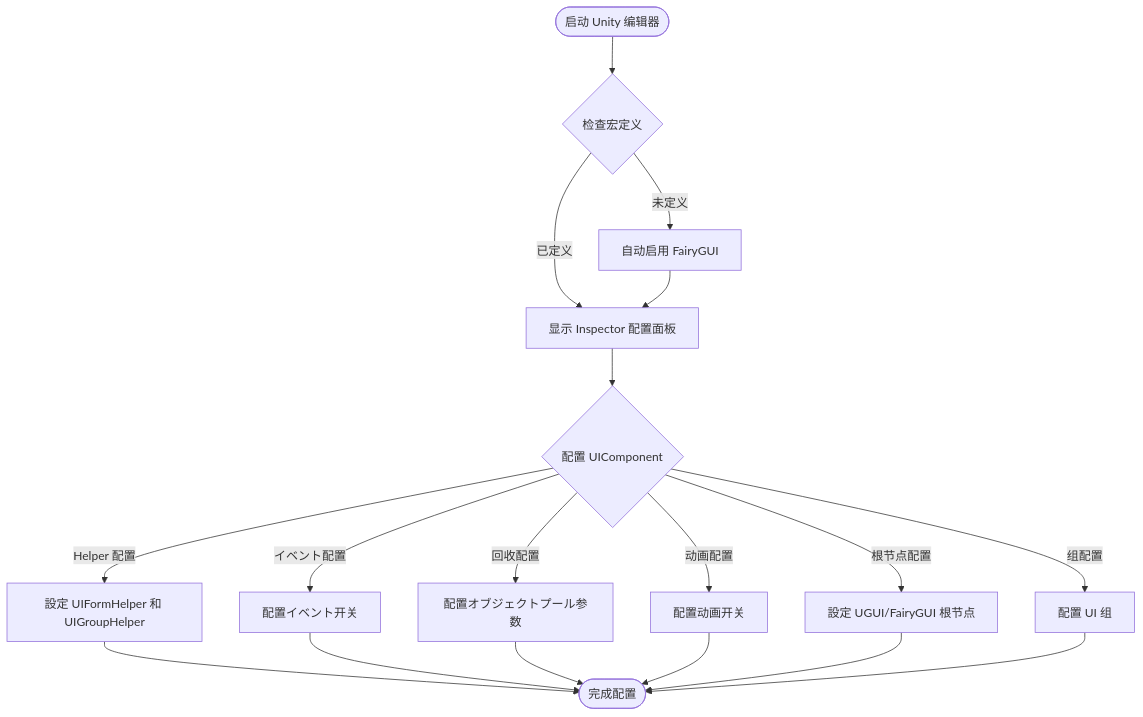
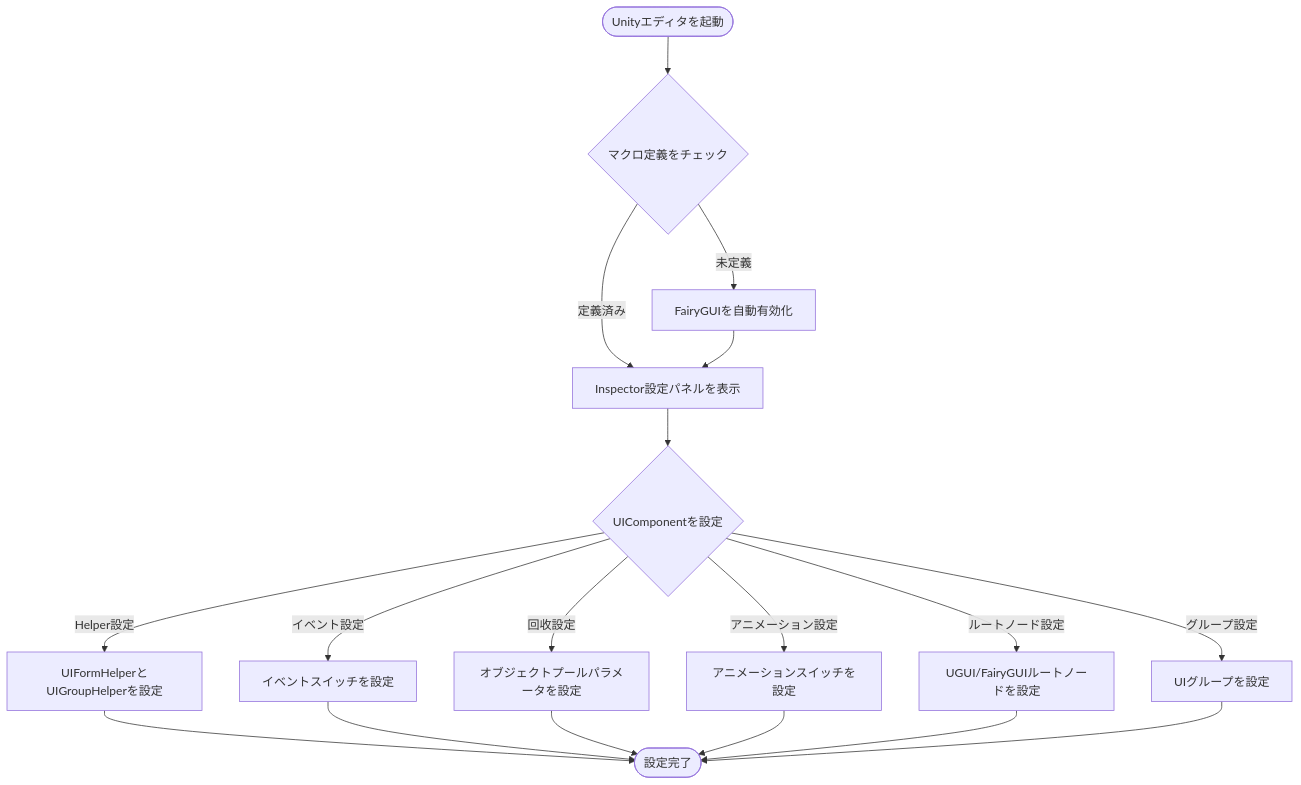
One commit to AlianBlank/GameFrameX.Docs changed the second of 2 diagrams in docs/ja/client/unity/component/ui/15.editor-config.md. Above: the diagram before and after it, drawn with Mermaid. The commit also changed other lines of this file and 320 other files, not shown here.

````diff
--- a/docs/ja/client/unity/component/ui/15.editor-config.md
+++ b/docs/ja/client/unity/component/ui/15.editor-config.md
@@ -304,24 +304,24 @@
 ```mermaid
 flowchart TD
-    Start([启动 Unity 编辑器]) --> Check{检查宏定义}
-    
-    Check -->|未定义| AutoEnable[自动启用 FairyGUI]
-    Check -->|已定义| ShowInspector[显示 Inspector 配置面板]
-    
+    Start([Unityエディタを起動]) --> Check{マクロ定義をチェック}
+
+    Check -->|未定義| AutoEnable[FairyGUIを自動有効化]
+    Check -->|定義済み| ShowInspector[Inspector設定パネルを表示]
+
     AutoEnable --> ShowInspector
-    
-    ShowInspector --> ConfigComponent{配置 UIComponent}
-    ConfigComponent -->|Helper 配置| HelperConfig[設定 UIFormHelper 和 UIGroupHelper]
-    ConfigComponent -->|イベント配置| EventConfig[配置イベント开关]
-    ConfigComponent -->|回收配置| RecycleConfig[配置オブジェクトプール参数]
-    ConfigComponent -->|动画配置| AnimationConfig[配置动画开关]
-    ConfigComponent -->|根节点配置| RootConfig[設定 UGUI/FairyGUI 根节点]
-    ConfigComponent -->|组配置| GroupConfig[配置 UI 组]
-    
-    HelperConfig --> End([完成配置])
+
+    ShowInspector --> ConfigComponent{UIComponentを設定}
+    ConfigComponent -->|Helper設定| HelperConfig[UIFormHelperとUIGroupHelperを設定]
+    ConfigComponent -->|イベント設定| EventConfig[イベントスイッチを設定]
+    ConfigComponent -->|回收設定| RecycleConfig[オブジェクトプールパラメータを設定]
+    ConfigComponent -->|アニメーション設定| AnimationConfig[アニメーションスイッチを設定]
+    ConfigComponent -->|ルートノード設定| RootConfig[UGUI/FairyGUIルートノードを設定]
+    ConfigComponent -->|グループ設定| GroupConfig[UIグループを設定]
+
+    HelperConfig --> End([設定完了])
     EventConfig --> End
     RecycleConfig --> End
     AnimationConfig --> End
     RootConfig --> End
     GroupConfig --> End
 ```
````
